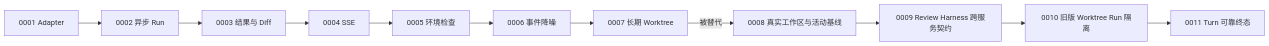
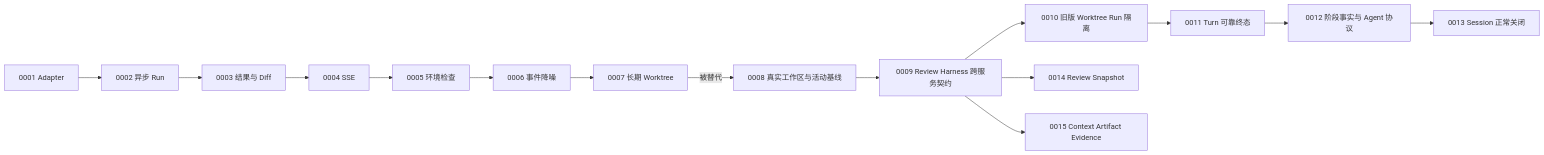
Before and after one commit to smile-gu/Code-Weave: the diagram in docs/decisions/README.md, drawn with Mermaid. The commit also changed other lines of this file and 14 other files, not shown here.

````diff
--- a/docs/decisions/README.md
+++ b/docs/decisions/README.md
@@ -19,13 +23,17 @@
 ```mermaid
 flowchart LR
     A[0001 Adapter] --> B[0002 异步 Run]
     B --> C[0003 结果与 Diff]
     C --> D[0004 SSE]
     D --> E[0005 环境检查]
     E --> F[0006 事件降噪]
     F --> G[0007 长期 Worktree]
     G -->|被替代| H[0008 真实工作区与活动基线]
     H --> I[0009 Review Harness 跨服务契约]
     I --> J[0010 旧版 Worktree Run 隔离]
     J --> K[0011 Turn 可靠终态]
+    K --> L[0012 阶段事实与 Agent 协议]
+    L --> M[0013 Session 正常关闭]
+    I --> N[0014 Review Snapshot]
+    I --> O[0015 Context Artifact Evidence]
 ```
````
